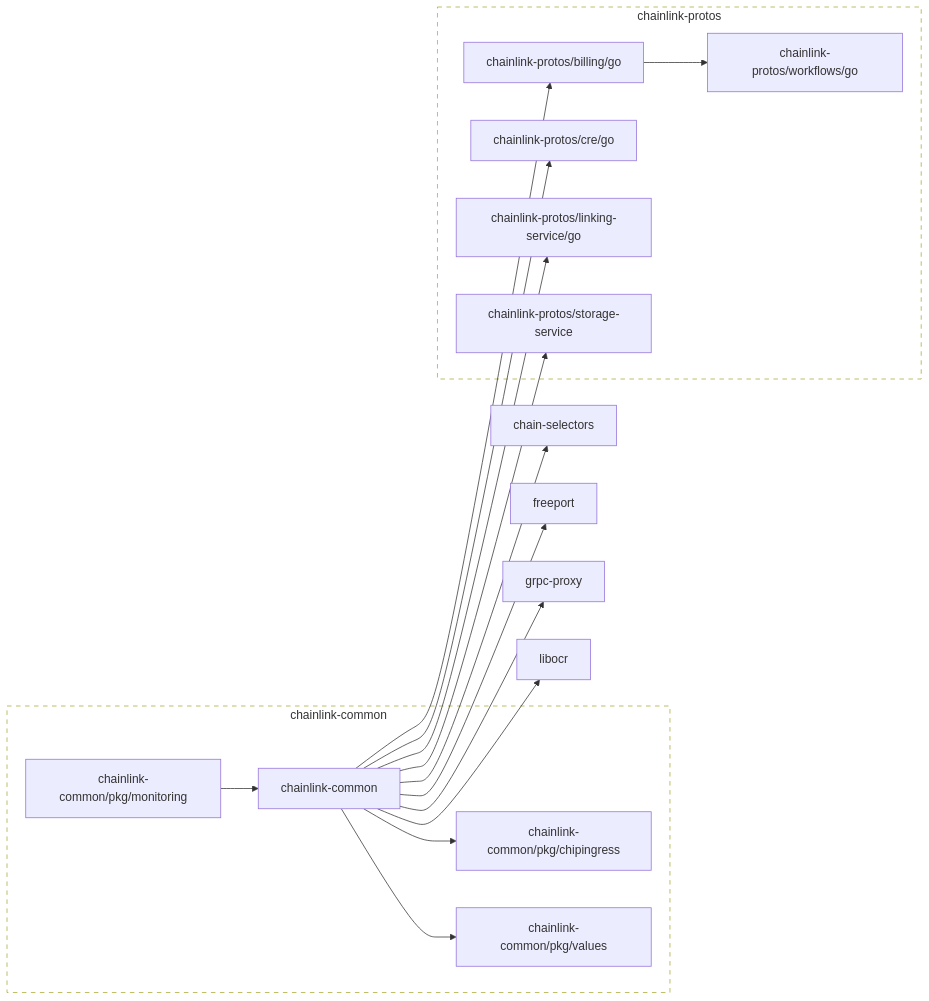
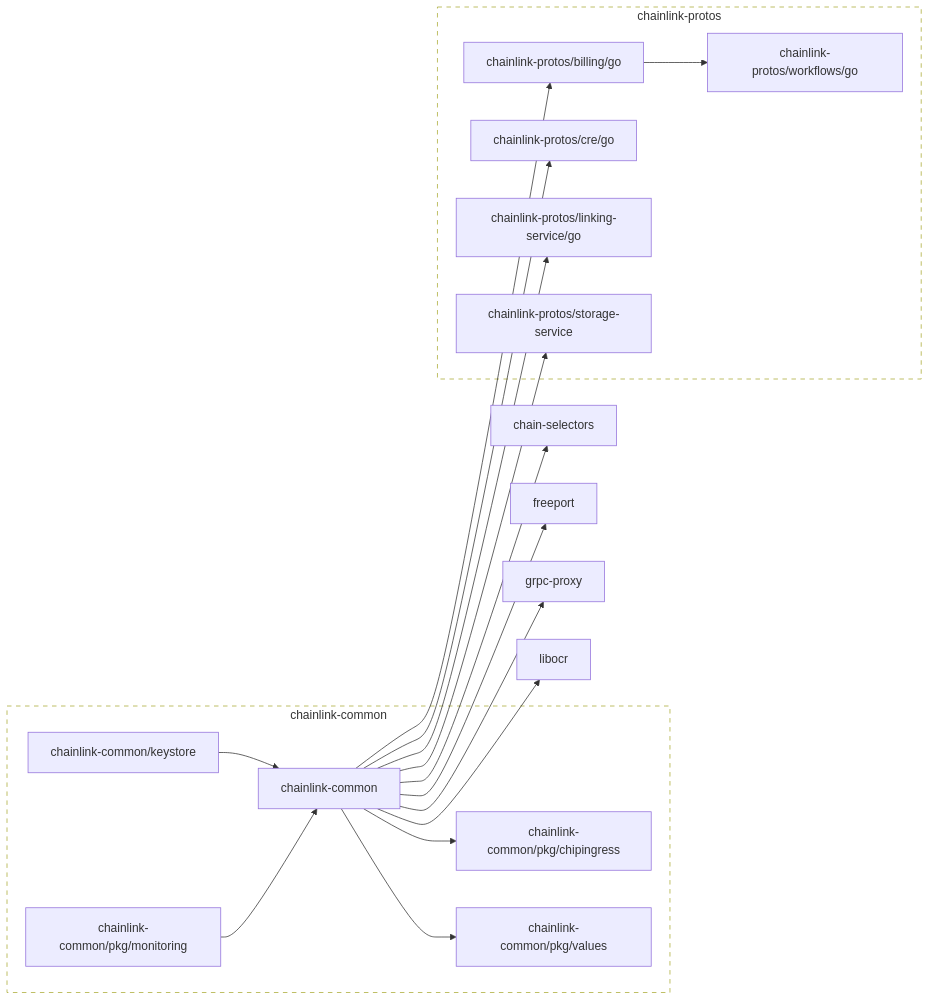
One commit to smartcontractkit/chainlink-common changed the diagram in go.md. Above: the diagram before and after it, drawn with Mermaid. The commit also changed 2 other files, not shown here.

````diff
--- a/go.md
+++ b/go.md
@@ -2,59 +2,62 @@
 ```mermaid
 flowchart LR
 
 	chain-selectors
 	click chain-selectors href "https://github.com/smartcontractkit/chain-selectors"
 	chainlink-common --> chain-selectors
 	chainlink-common --> chainlink-common/pkg/chipingress
 	chainlink-common --> chainlink-common/pkg/values
 	chainlink-common --> chainlink-protos/billing/go
 	chainlink-common --> chainlink-protos/cre/go
 	chainlink-common --> chainlink-protos/linking-service/go
 	chainlink-common --> chainlink-protos/storage-service
 	chainlink-common --> freeport
 	chainlink-common --> grpc-proxy
 	chainlink-common --> libocr
 	click chainlink-common href "https://github.com/smartcontractkit/chainlink-common"
+	chainlink-common/keystore --> chainlink-common
+	click chainlink-common/keystore href "https://github.com/smartcontractkit/chainlink-common"
 	chainlink-common/pkg/chipingress
 	click chainlink-common/pkg/chipingress href "https://github.com/smartcontractkit/chainlink-common"
 	chainlink-common/pkg/monitoring --> chainlink-common
 	click chainlink-common/pkg/monitoring href "https://github.com/smartcontractkit/chainlink-common"
 	chainlink-common/pkg/values
 	click chainlink-common/pkg/values href "https://github.com/smartcontractkit/chainlink-common"
 	chainlink-protos/billing/go --> chainlink-protos/workflows/go
 	click chainlink-protos/billing/go href "https://github.com/smartcontractkit/chainlink-protos"
 	chainlink-protos/cre/go
 	click chainlink-protos/cre/go href "https://github.com/smartcontractkit/chainlink-protos"
 	chainlink-protos/linking-service/go
 	click chainlink-protos/linking-service/go href "https://github.com/smartcontractkit/chainlink-protos"
 	chainlink-protos/storage-service
 	click chainlink-protos/storage-service href "https://github.com/smartcontractkit/chainlink-protos"
 	chainlink-protos/workflows/go
 	click chainlink-protos/workflows/go href "https://github.com/smartcontractkit/chainlink-protos"
 	freeport
 	click freeport href "https://github.com/smartcontractkit/freeport"
 	grpc-proxy
 	click grpc-proxy href "https://github.com/smartcontractkit/grpc-proxy"
 	libocr
 	click libocr href "https://github.com/smartcontractkit/libocr"
 
 	subgraph chainlink-common-repo[chainlink-common]
 		 chainlink-common
+		 chainlink-common/keystore
 		 chainlink-common/pkg/chipingress
 		 chainlink-common/pkg/monitoring
 		 chainlink-common/pkg/values
 	end
 	click chainlink-common-repo href "https://github.com/smartcontractkit/chainlink-common"
 
 	subgraph chainlink-protos-repo[chainlink-protos]
 		 chainlink-protos/billing/go
 		 chainlink-protos/cre/go
 		 chainlink-protos/linking-service/go
 		 chainlink-protos/storage-service
 		 chainlink-protos/workflows/go
 	end
 	click chainlink-protos-repo href "https://github.com/smartcontractkit/chainlink-protos"
 
 	classDef outline stroke-dasharray:6,fill:none;
 	class chainlink-common-repo,chainlink-protos-repo outline
 ```
````
